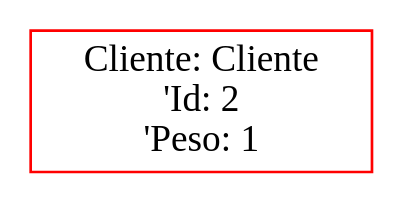
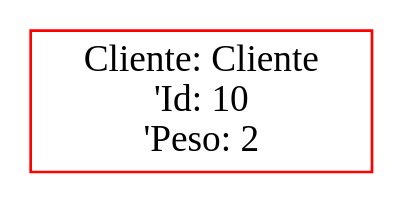
The diagram in Proyecto1/Proyecto1_202200089/Main/grande.dot (FranklinONP/EDD_PROYECTO_202200089), drawn with Graphviz before and after one commit. The commit also changed 13 other files, not shown here.

```diff
--- a/Proyecto1/Proyecto1_202200089/Main/grande.dot
+++ b/Proyecto1/Proyecto1_202200089/Main/grande.dot
@@ -1,4 +1,4 @@
  digraph G {
  rankdir=LR;
- node0 [label="Cliente: Cliente\n'Id: 2\n'Peso: 1", color="red", shape="rectangle"];
+ node0 [label="Cliente: Cliente\n'Id: 10\n'Peso: 2", color="red", shape="rectangle"];
  }
```
